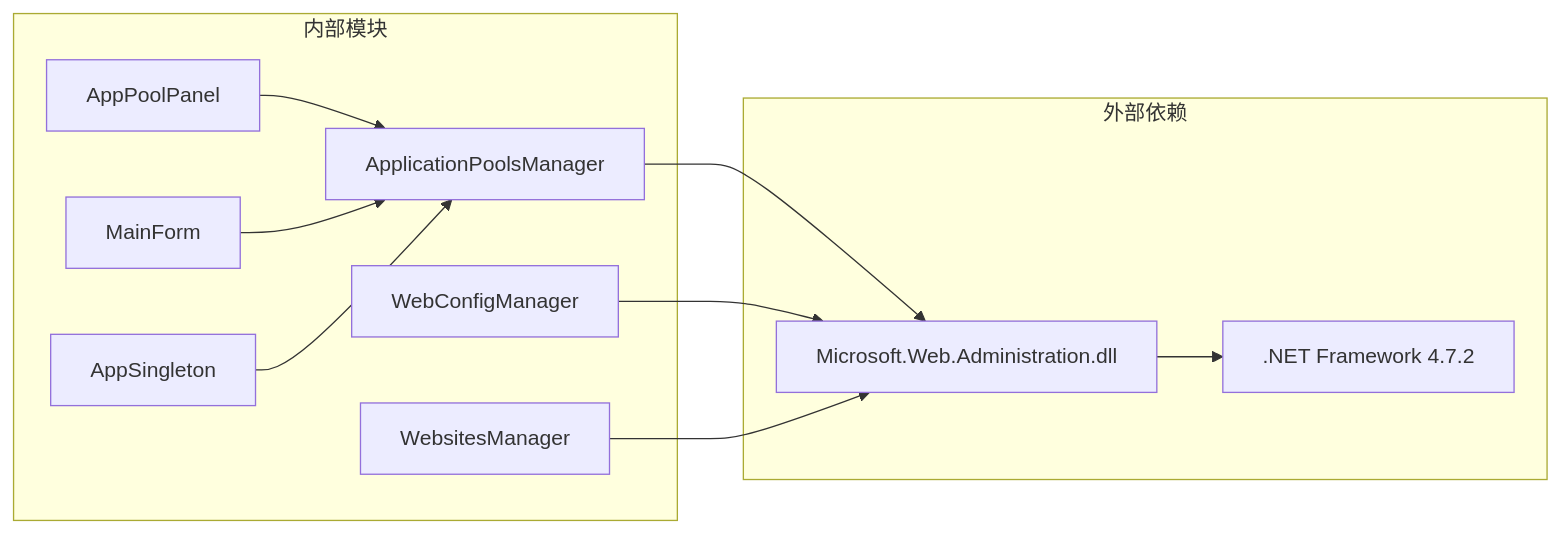
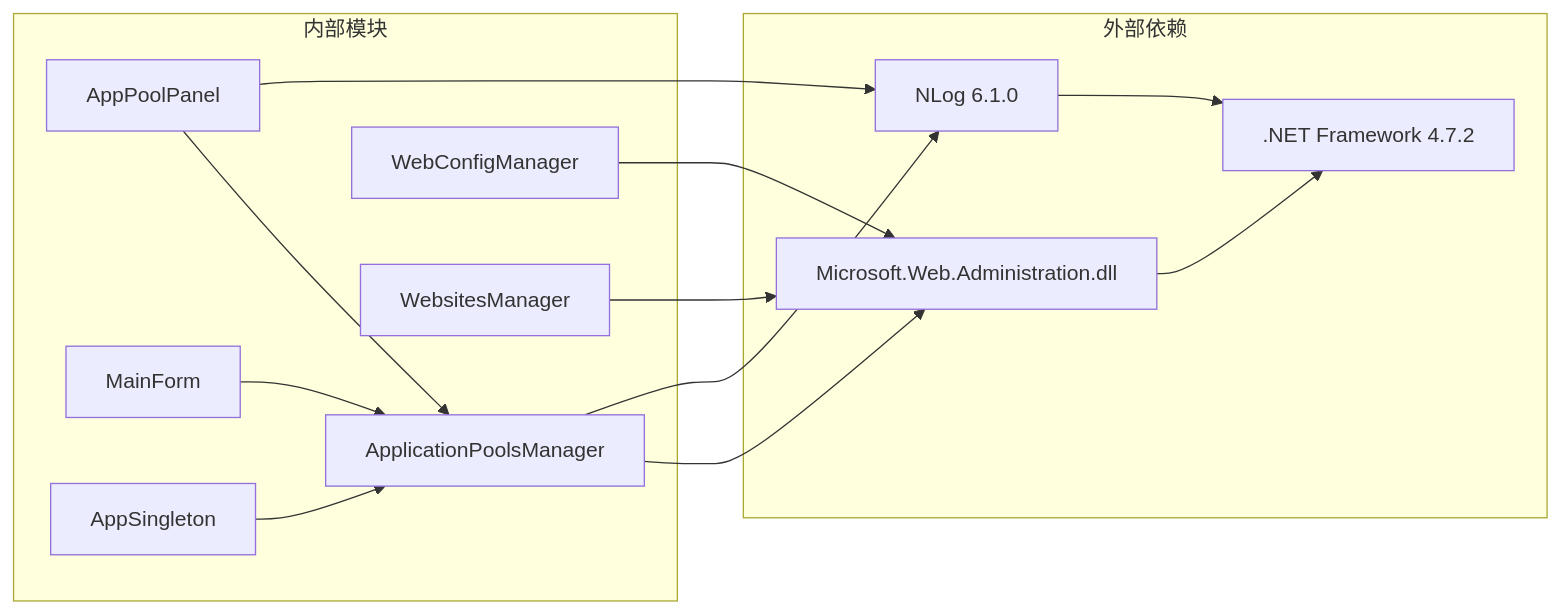
The fourth of 4 diagrams in .qoder/repowiki/zh/content/核心库文档 (iHawkIISLibrary)/ApplicationPoolsManager 应用程序池管理器.md (db300/IISMonitor), drawn with Mermaid before and after one commit. The commit also changed other lines of this file and 5 other files, not shown here.

````diff
--- a/.qoder/repowiki/zh/content/核心库文档 (iHawkIISLibrary)/ApplicationPoolsManager 应用程序池管理器.md
+++ b/.qoder/repowiki/zh/content/核心库文档 (iHawkIISLibrary)/ApplicationPoolsManager 应用程序池管理器.md
@@ -302,22 +325,26 @@
 ```mermaid
 graph LR
 subgraph "外部依赖"
 MWA[Microsoft.Web.Administration.dll]
+NLOG[NLog 6.1.0]
 NET[.NET Framework 4.7.2]
 end
 subgraph "内部模块"
 APM[ApplicationPoolsManager]
 WCM[WebConfigManager]
 WSM[WebsitesManager]
 APP[AppPoolPanel]
 MAIN[MainForm]
 SINGLE[AppSingleton]
 end
 APM --> MWA
 WCM --> MWA
 WSM --> MWA
 APP --> APM
 MAIN --> APM
 SINGLE --> APM
+APM --> NLOG
+APP --> NLOG
 MWA --> NET
+NLOG --> NET
 ```
````
